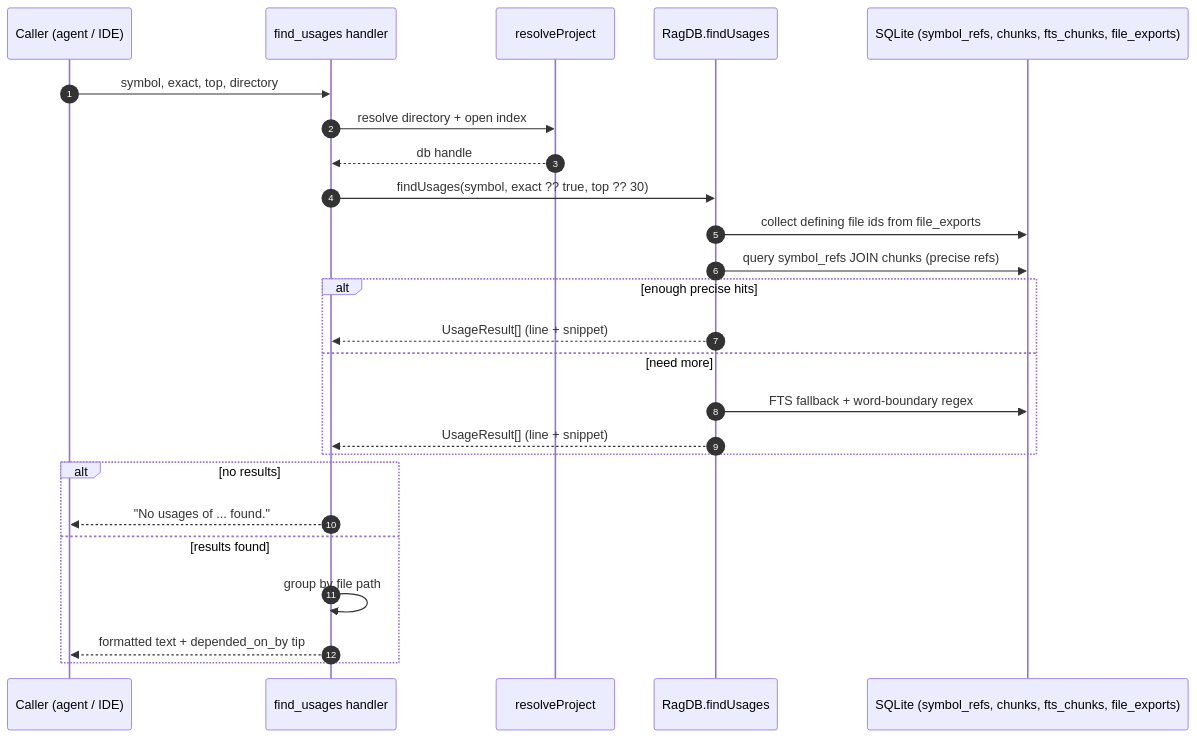
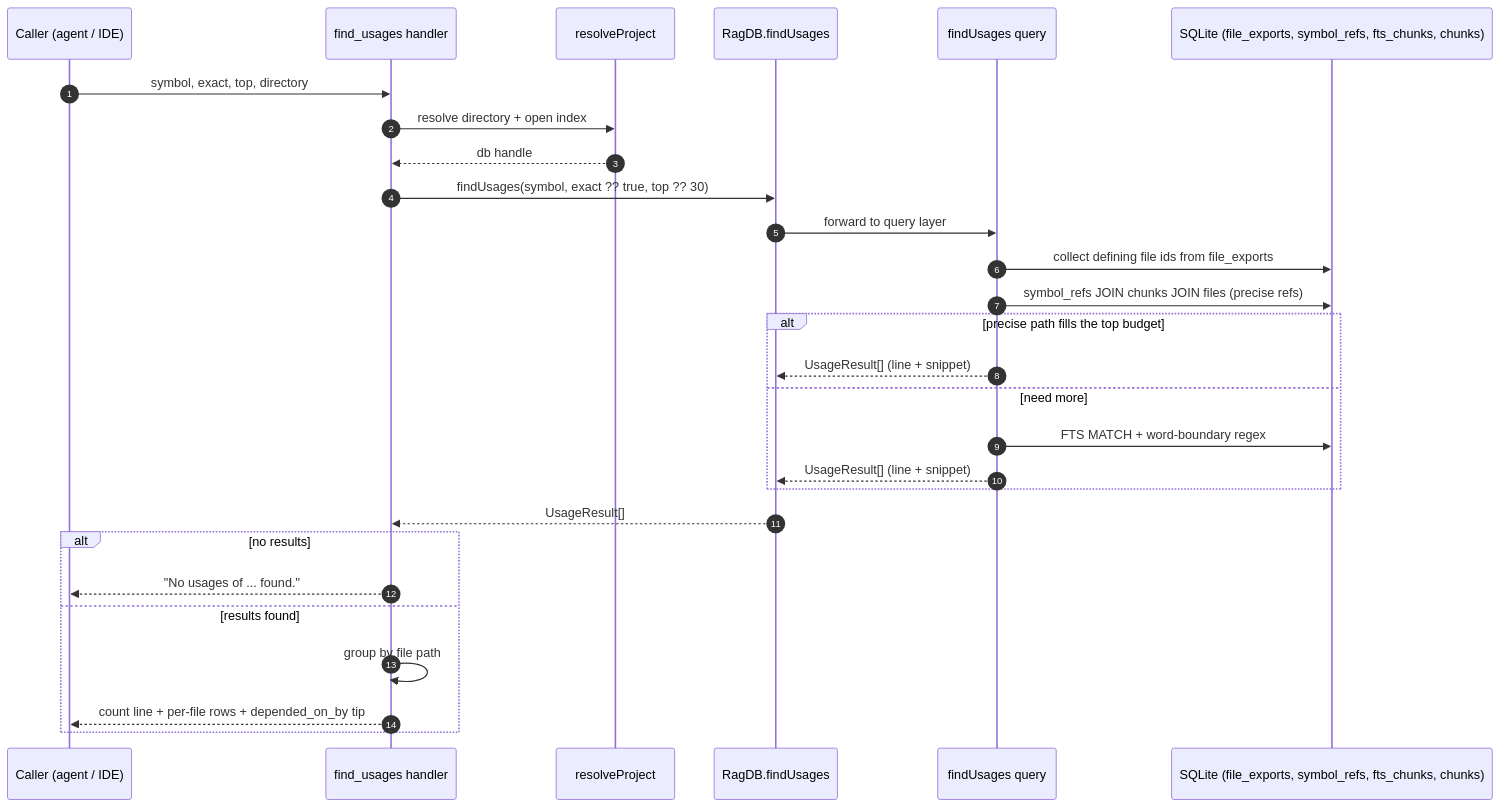
The diagram in wiki/tools/find-usages.md (TheWinci/mimirs), drawn with Mermaid before and after one commit. The commit also changed other lines of this file and 55 other files, not shown here.

````diff
--- a/wiki/tools/find-usages.md
+++ b/wiki/tools/find-usages.md
@@ -9,28 +9,31 @@
 ```mermaid
 sequenceDiagram
     autonumber
     participant Caller as Caller (agent / IDE)
     participant Tool as find_usages handler
     participant Proj as resolveProject
     participant DB as RagDB.findUsages
-    participant SQLite as SQLite (symbol_refs, chunks, fts_chunks, file_exports)
+    participant Query as findUsages query
+    participant SQLite as SQLite (file_exports, symbol_refs, fts_chunks, chunks)
 
     Caller->>Tool: symbol, exact, top, directory
     Tool->>Proj: resolve directory + open index
     Proj-->>Tool: db handle
     Tool->>DB: findUsages(symbol, exact ?? true, top ?? 30)
-    DB->>SQLite: collect defining file ids from file_exports
-    DB->>SQLite: query symbol_refs JOIN chunks (precise refs)
-    alt enough precise hits
-        DB-->>Tool: UsageResult[] (line + snippet)
+    DB->>Query: forward to query layer
+    Query->>SQLite: collect defining file ids from file_exports
+    Query->>SQLite: symbol_refs JOIN chunks JOIN files (precise refs)
+    alt precise path fills the top budget
+        Query-->>DB: UsageResult[] (line + snippet)
     else need more
-        DB->>SQLite: FTS fallback + word-boundary regex
-        DB-->>Tool: UsageResult[] (line + snippet)
+        Query->>SQLite: FTS MATCH + word-boundary regex
+        Query-->>DB: UsageResult[] (line + snippet)
     end
+    DB-->>Tool: UsageResult[]
     alt no results
         Tool-->>Caller: "No usages of ... found."
     else results found
         Tool->>Tool: group by file path
-        Tool-->>Caller: formatted text + depended_on_by tip
+        Tool-->>Caller: count line + per-file rows + depended_on_by tip
     end
 ```
````
